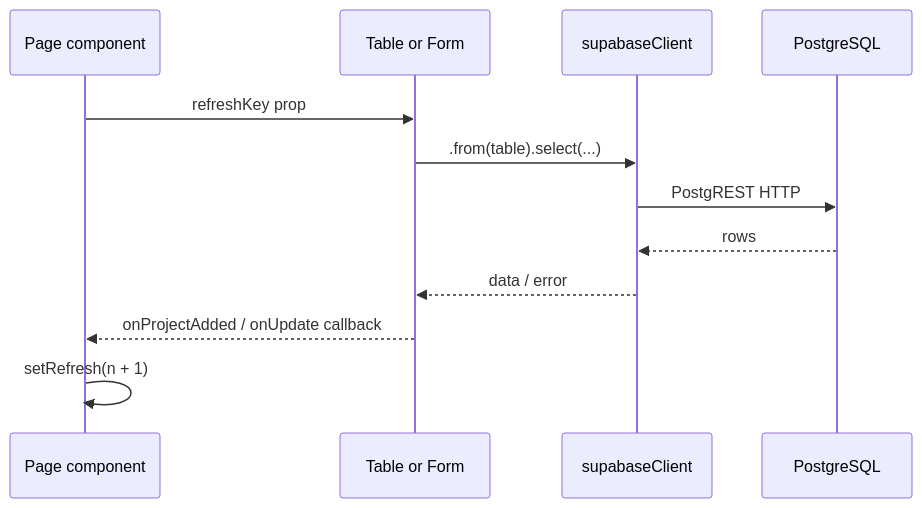
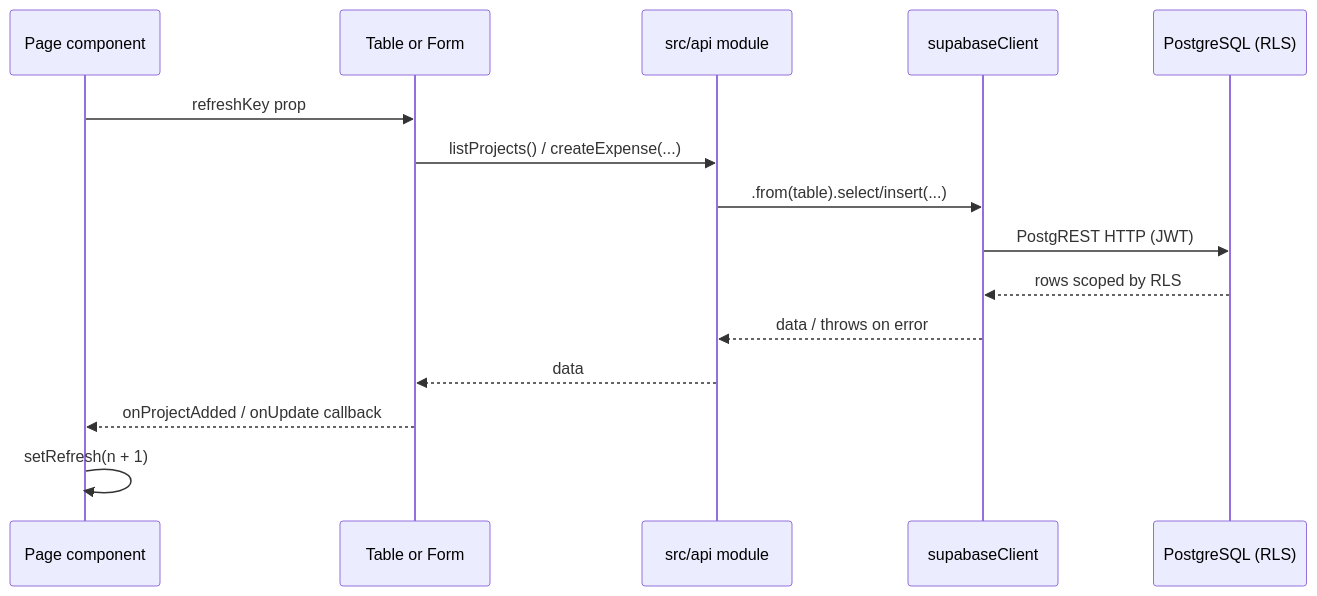
One commit to swanjohn99/Skyline-App changed the second of 2 diagrams in docs/02-architecture.md. Above: the diagram before and after it, drawn with Mermaid. The commit also changed other lines of this file and 32 other files, not shown here.

````diff
--- a/docs/02-architecture.md
+++ b/docs/02-architecture.md
@@ -110,15 +125,18 @@
 ```mermaid
 sequenceDiagram
   participant Page as Page component
   participant Child as Table or Form
+  participant API as src/api module
   participant SB as supabaseClient
-  participant DB as PostgreSQL
+  participant DB as PostgreSQL (RLS)
 
   Page->>Child: refreshKey prop
-  Child->>SB: .from(table).select(...)
-  SB->>DB: PostgREST HTTP
-  DB-->>SB: rows
-  SB-->>Child: data / error
+  Child->>API: listProjects() / createExpense(...)
+  API->>SB: .from(table).select/insert(...)
+  SB->>DB: PostgREST HTTP (JWT)
+  DB-->>SB: rows scoped by RLS
+  SB-->>API: data / throws on error
+  API-->>Child: data
   Child-->>Page: onProjectAdded / onUpdate callback
   Page->>Page: setRefresh(n + 1)
 ```
````
